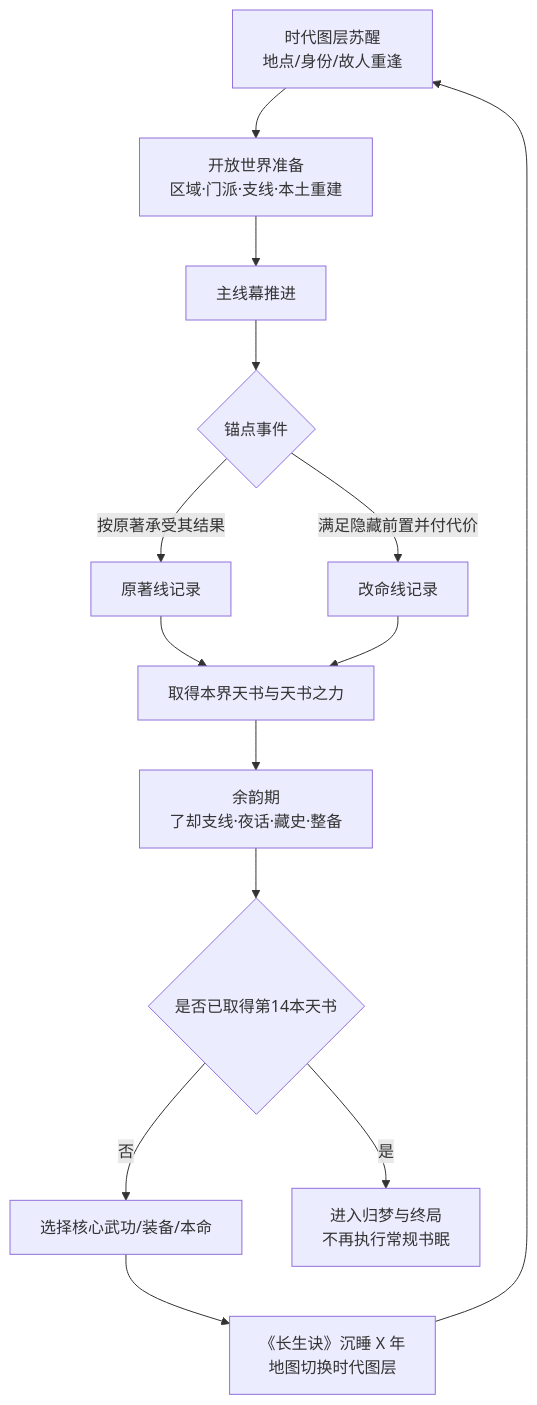
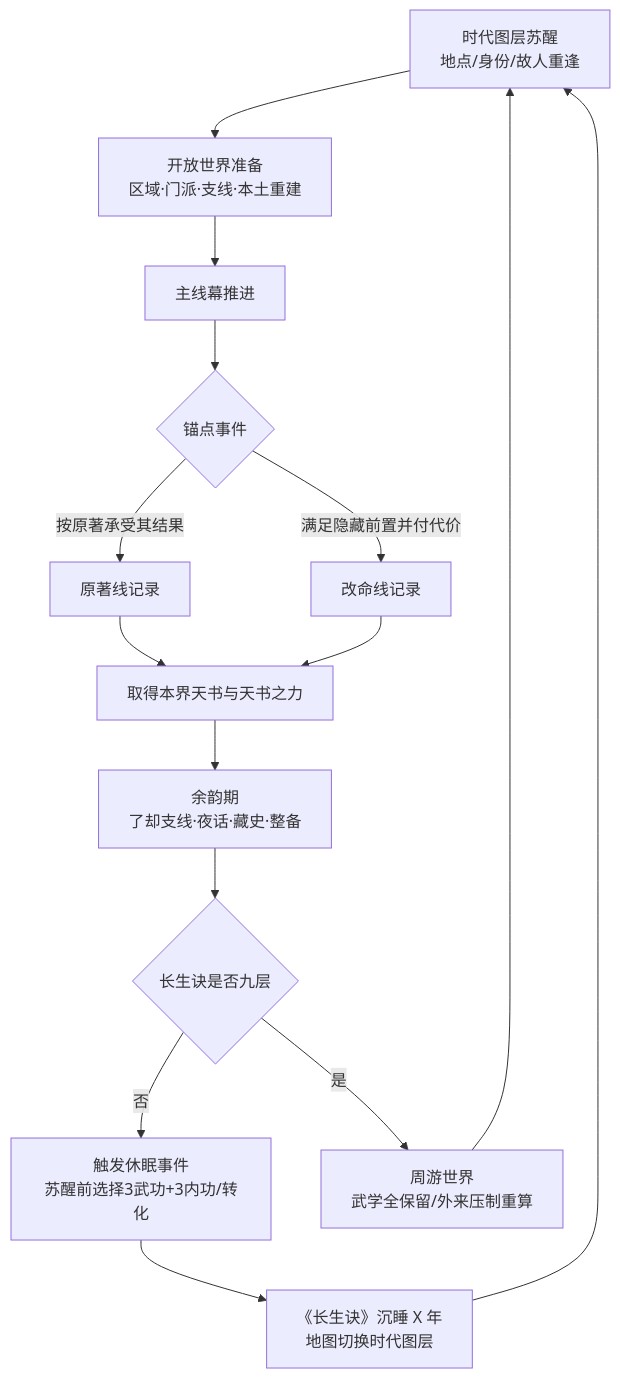
Before and after one commit to radarxc/jinyongqunxia: the third of 5 diagrams in docs/design/01-vision-and-core-loop.md, drawn with Mermaid. The commit also changed other lines of this file and 5 other files, not shown here.

````diff
--- a/docs/design/01-vision-and-core-loop.md
+++ b/docs/design/01-vision-and-core-loop.md
@@ -455,16 +456,17 @@
 ```mermaid
 flowchart TD
     A[时代图层苏醒<br/>地点/身份/故人重逢] --> B[开放世界准备<br/>区域·门派·支线·本土重建]
     B --> C[主线幕推进]
     C --> D{锚点事件}
     D -->|按原著承受其结果| E[原著线记录]
     D -->|满足隐藏前置并付代价| F[改命线记录]
     E --> G[取得本界天书与天书之力]
     F --> G
     G --> H[余韵期<br/>了却支线·夜话·藏史·整备]
-    H --> K{是否已取得第14本天书}
-    K -->|否| I[选择核心武功/装备/本命]
+    H --> K{长生诀是否九层}
+    K -->|否| I[触发休眠事件<br/>苏醒前选择3武功+3内功/转化]
     I --> J[《长生诀》沉睡 X 年<br/>地图切换时代图层]
     J --> A
-    K -->|是| L[进入归梦与终局<br/>不再执行常规书眠]
+    K -->|是| M[周游世界<br/>武学全保留/外来压制重算]
+    M --> A
 ```
````
